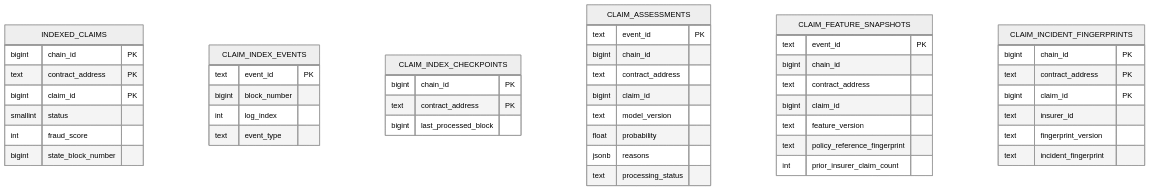
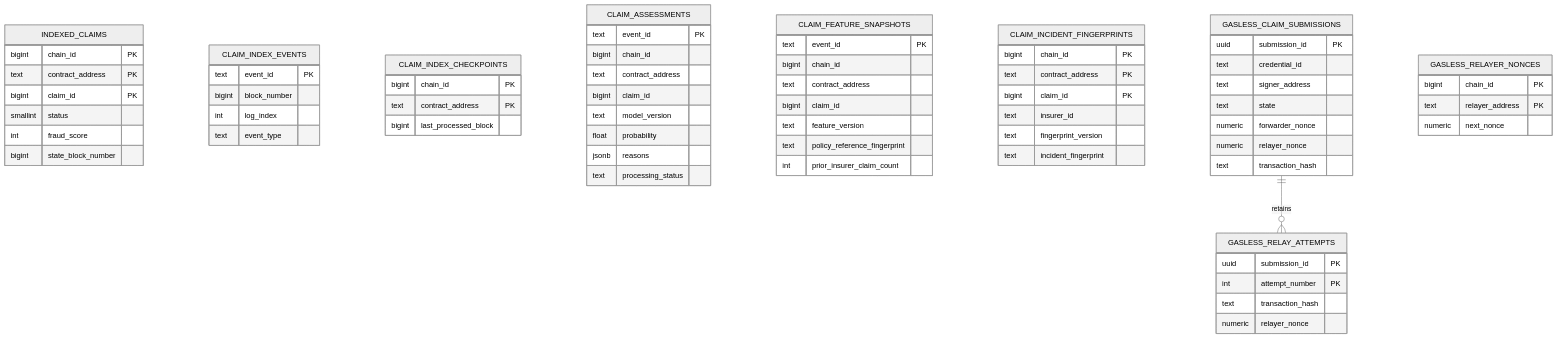
Before and after one commit to ganesh1997oli/Decentralized-Claims-Registry: the first of 3 diagrams in packages/integrations/postgres/README.md, drawn with Mermaid (neutral theme). The commit also changed other lines of this file and 67 other files, not shown here.

Commit message:
gasless transaction

````diff
--- a/packages/integrations/postgres/README.md
+++ b/packages/integrations/postgres/README.md
@@ -9,49 +9,70 @@
 ```mermaid
 erDiagram
     INDEXED_CLAIMS {
         bigint chain_id PK
         text contract_address PK
         bigint claim_id PK
         smallint status
         int fraud_score
         bigint state_block_number
     }
     CLAIM_INDEX_EVENTS {
         text event_id PK
         bigint block_number
         int log_index
         text event_type
     }
     CLAIM_INDEX_CHECKPOINTS {
         bigint chain_id PK
         text contract_address PK
         bigint last_processed_block
     }
     CLAIM_ASSESSMENTS {
         text event_id PK
         bigint chain_id
         text contract_address
         bigint claim_id
         text model_version
         float probability
         jsonb reasons
         text processing_status
     }
     CLAIM_FEATURE_SNAPSHOTS {
         text event_id PK
         bigint chain_id
         text contract_address
         bigint claim_id
         text feature_version
         text policy_reference_fingerprint
         int prior_insurer_claim_count
     }
     CLAIM_INCIDENT_FINGERPRINTS {
         bigint chain_id PK
         text contract_address PK
         bigint claim_id PK
         text insurer_id
         text fingerprint_version
         text incident_fingerprint
     }
+    GASLESS_CLAIM_SUBMISSIONS {
+        uuid submission_id PK
+        text credential_id
+        text signer_address
+        text state
+        numeric forwarder_nonce
+        numeric relayer_nonce
+        text transaction_hash
+    }
+    GASLESS_RELAYER_NONCES {
+        bigint chain_id PK
+        text relayer_address PK
+        numeric next_nonce
+    }
+    GASLESS_RELAY_ATTEMPTS {
+        uuid submission_id PK
+        int attempt_number PK
+        text transaction_hash
+        numeric relayer_nonce
+    }
+    GASLESS_CLAIM_SUBMISSIONS ||--o{ GASLESS_RELAY_ATTEMPTS : retains
 ```
````
